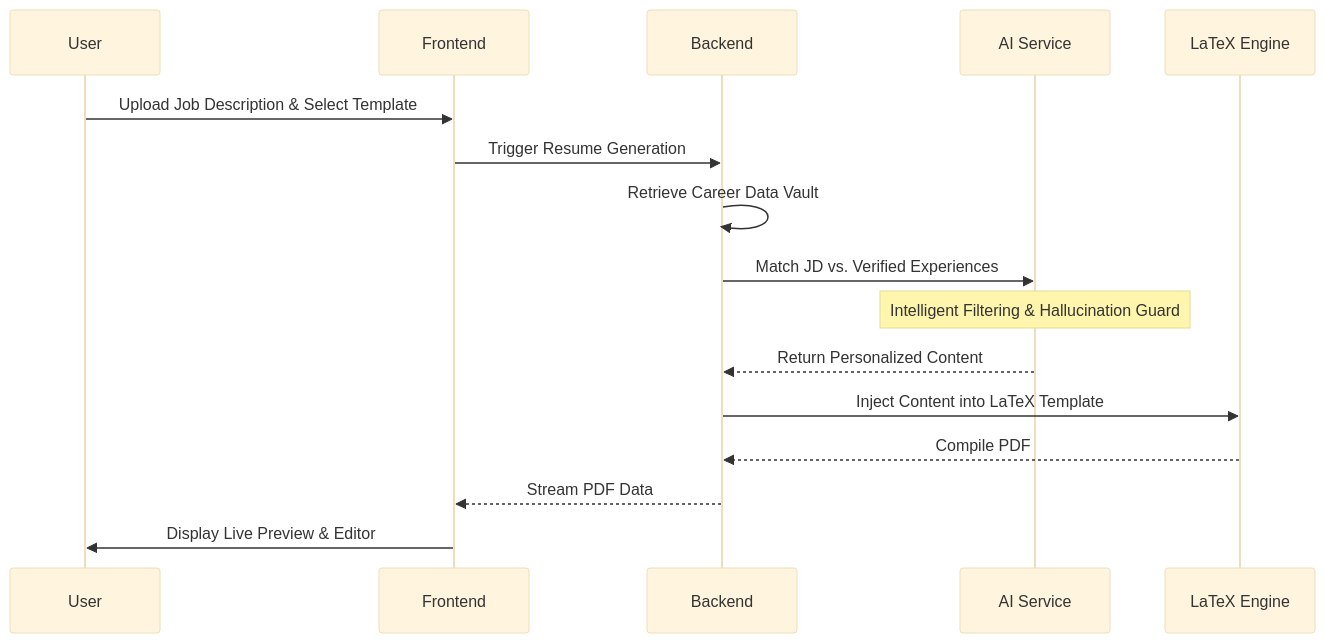
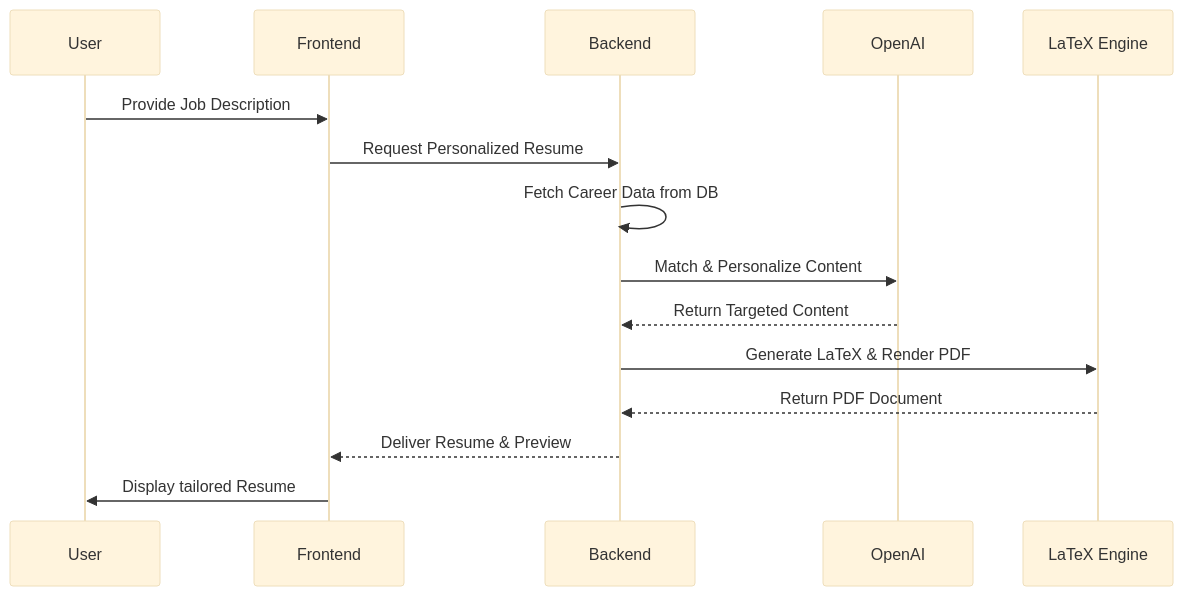
Before and after one commit to SAMI-CODEAI/Controlled-AI-Resume-Personalization: the second of 2 diagrams in README.md, drawn with Mermaid (base theme). The commit also changed other lines of this file, not shown here.

Commit message:
docs: add Mermaid diagrams for architecture and workflow

````diff
--- a/README.md
+++ b/README.md
@@ -56,19 +57,18 @@
 ```mermaid
 sequenceDiagram
     participant U as User
     participant F as Frontend
     participant B as Backend
-    participant A as AI Service
+    participant A as OpenAI
     participant L as LaTeX Engine
 
-    U->>F: Upload Job Description & Select Template
-    F->>B: Trigger Resume Generation
-    B->>B: Retrieve Career Data Vault
-    B->>A: Match JD vs. Verified Experiences
-    Note over A: Intelligent Filtering & Hallucination Guard
-    A-->>B: Return Personalized Content
-    B->>L: Inject Content into LaTeX Template
-    L-->>B: Compile PDF
-    B-->>F: Stream PDF Data
-    F->>U: Display Live Preview & Editor
+    U->>F: Provide Job Description
+    F->>B: Request Personalized Resume
+    B->>B: Fetch Career Data from DB
+    B->>A: Match & Personalize Content
+    A-->>B: Return Targeted Content
+    B->>L: Generate LaTeX & Render PDF
+    L-->>B: Return PDF Document
+    B-->>F: Deliver Resume & Preview
+    F->>U: Display tailored Resume
 ```
````
